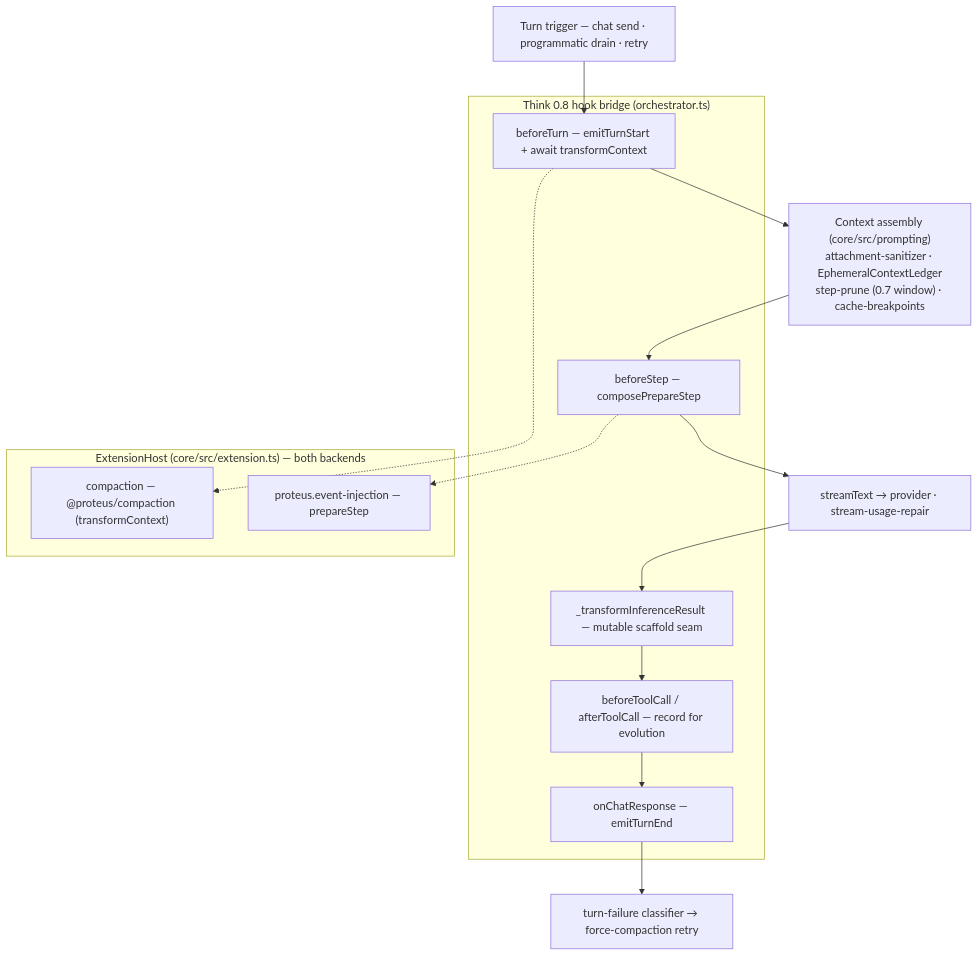
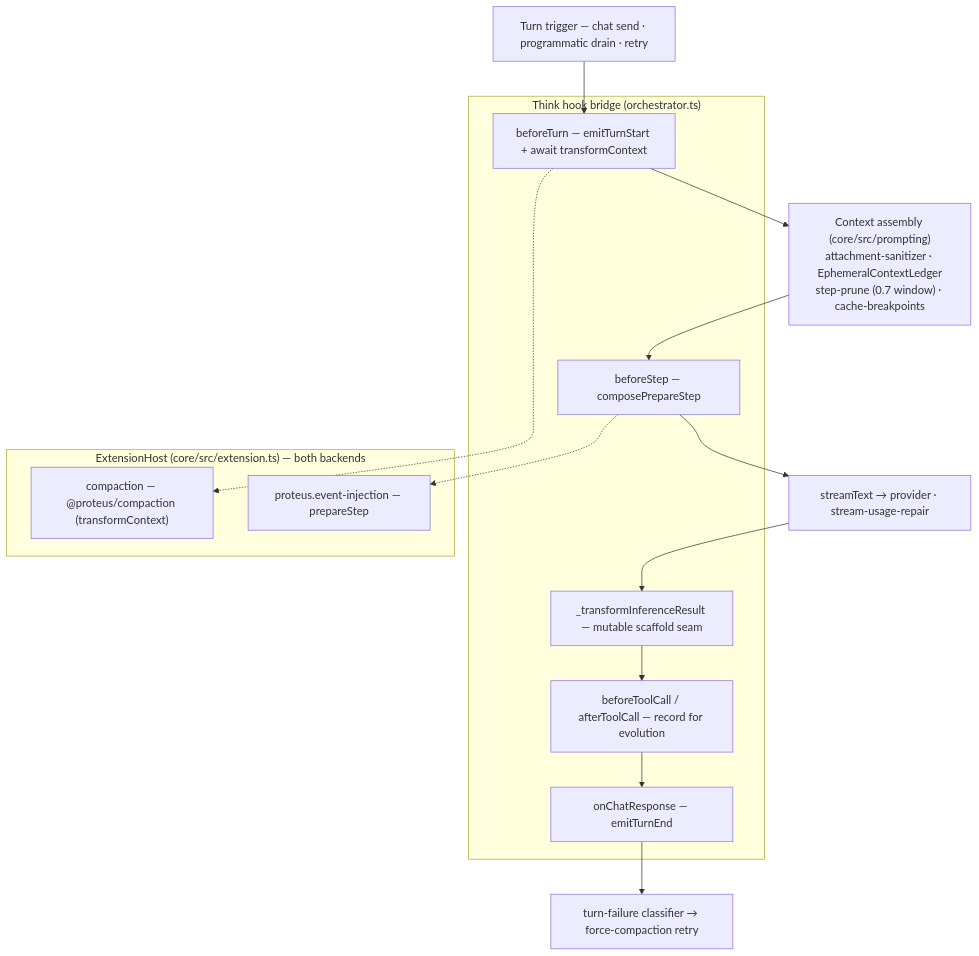
The third of 5 diagrams in docs/ARCHITECTURE.md (AshishKumar4/kinu), drawn with Mermaid before and after one commit. The commit also changed other lines of this file and 64 other files, not shown here.

````diff
--- a/docs/ARCHITECTURE.md
+++ b/docs/ARCHITECTURE.md
@@ -152,25 +152,25 @@
 ```mermaid
 flowchart TB
     In["Turn trigger — chat send · programmatic drain · retry"]
 
-    subgraph Bridge["Think 0.8 hook bridge (orchestrator.ts)"]
+    subgraph Bridge["Think hook bridge (orchestrator.ts)"]
         BT["beforeTurn — emitTurnStart + await transformContext"]
         BS["beforeStep — composePrepareStep"]
         TC["beforeToolCall / afterToolCall — record for evolution"]
         IT["_transformInferenceResult — mutable scaffold seam"]
         CR["onChatResponse — emitTurnEnd"]
     end
 
     subgraph Host["ExtensionHost (core/src/extension.ts) — both backends"]
         Comp["compaction — @proteus/compaction (transformContext)"]
         Inj["proteus.event-injection — prepareStep"]
     end
 
     Assembly["Context assembly (core/src/prompting)<br/>attachment-sanitizer · EphemeralContextLedger<br/>step-prune (0.7 window) · cache-breakpoints"]
     Model["streamText → provider · stream-usage-repair"]
     Fail["turn-failure classifier → force-compaction retry"]
 
     In --> BT --> Assembly --> BS --> Model --> IT --> TC --> CR --> Fail
     BT -.-> Comp
     BS -.-> Inj
 ```
````
